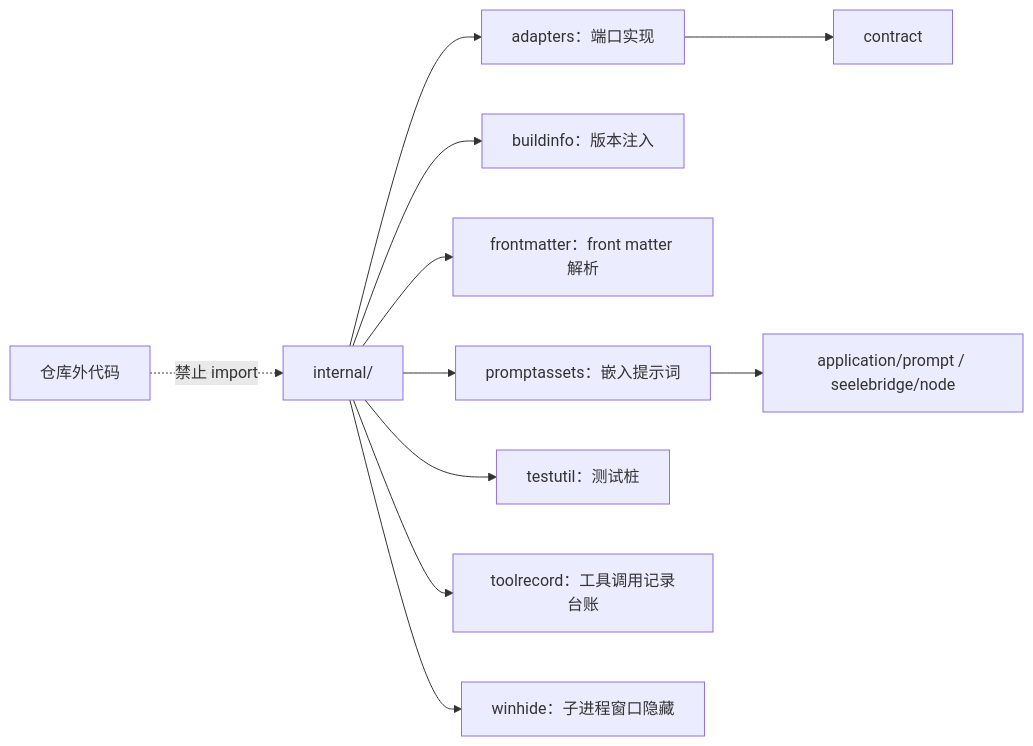
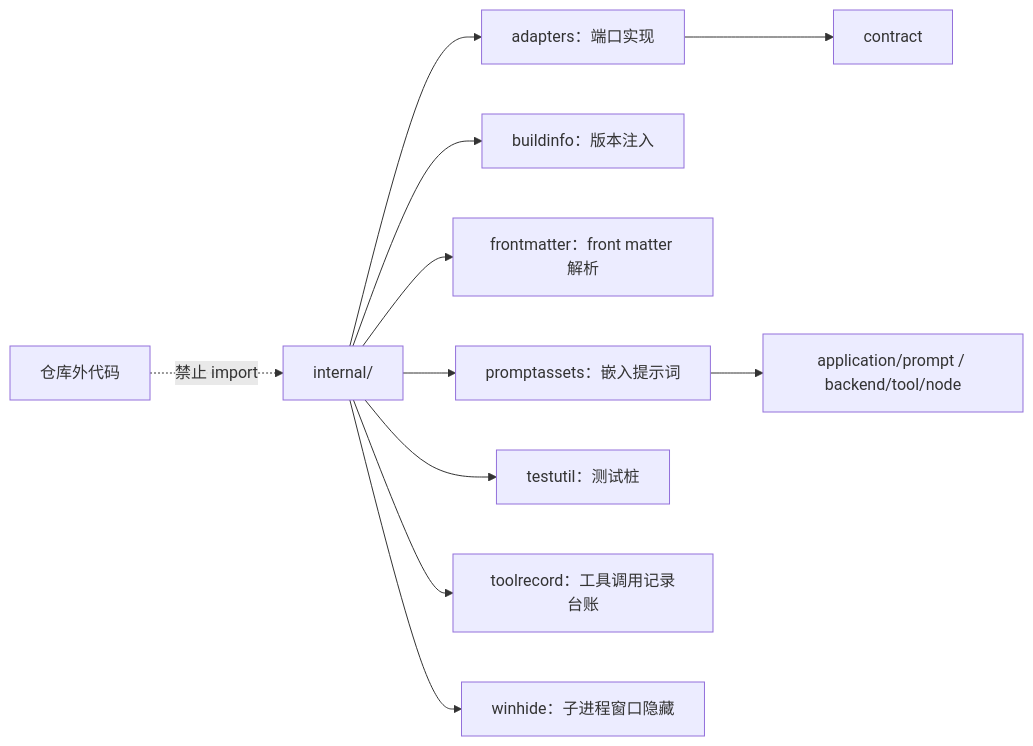
Before and after one commit to RedHuang-0622/seelex: the diagram in internal/README.md, drawn with Mermaid. The commit also changed 43 other files, not shown here.

````diff
--- a/internal/README.md
+++ b/internal/README.md
@@ -21,13 +21,13 @@
 ```mermaid
 flowchart LR
     OUT["仓库外代码"] -.->|禁止 import| INTERNAL["internal/"]
     INTERNAL --> A["adapters：端口实现"]
     INTERNAL --> B["buildinfo：版本注入"]
     INTERNAL --> F["frontmatter：front matter 解析"]
     INTERNAL --> P["promptassets：嵌入提示词"]
     INTERNAL --> T["testutil：测试桩"]
     INTERNAL --> M["toolrecord：工具调用记录台账"]
     INTERNAL --> W["winhide：子进程窗口隐藏"]
     A --> APP["contract"]
-    P --> PROMPT["application/prompt / seelebridge/node"]
+    P --> PROMPT["application/prompt / backend/tool/node"]
 ```
````
